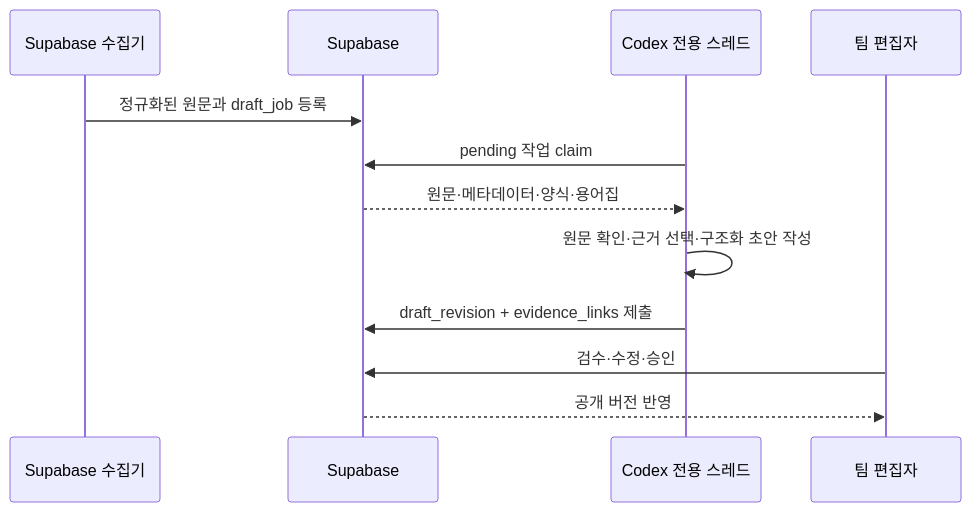
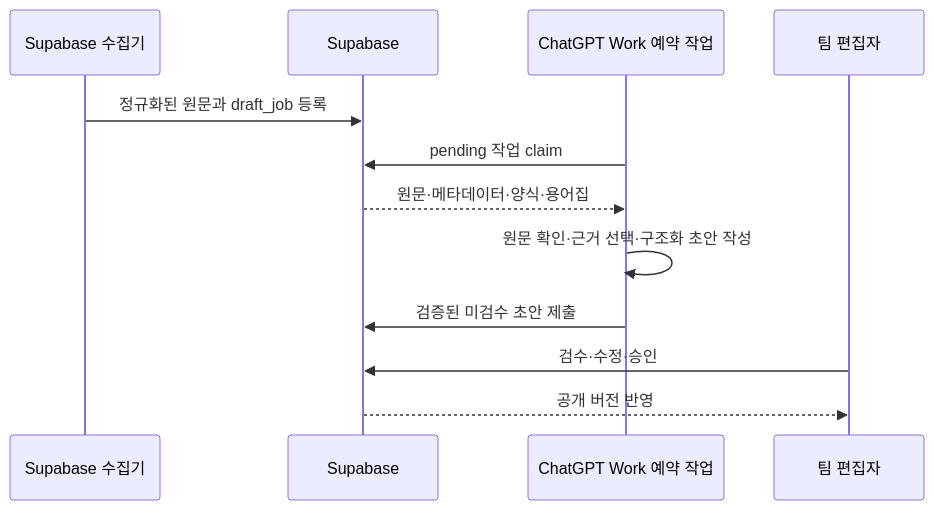
Before and after one commit to parksunup/globaltrend: the second of 4 diagrams in architecture.md, drawn with Mermaid. The commit also changed other lines of this file and 2 other files, not shown here.

Commit message:
Allow Work cloud drafts without Codex environment introspection

````diff
--- a/architecture.md
+++ b/architecture.md
@@ -126,14 +126,14 @@
 ```mermaid
 sequenceDiagram
     participant Collector as Supabase 수집기
     participant DB as Supabase
-    participant Codex as Codex 전용 스레드
+    participant Work as ChatGPT Work 예약 작업
     participant Editor as 팀 편집자
     Collector->>DB: 정규화된 원문과 draft_job 등록
-    Codex->>DB: pending 작업 claim
-    DB-->>Codex: 원문·메타데이터·양식·용어집
-    Codex->>Codex: 원문 확인·근거 선택·구조화 초안 작성
-    Codex->>DB: draft_revision + evidence_links 제출
+    Work->>DB: pending 작업 claim
+    DB-->>Work: 원문·메타데이터·양식·용어집
+    Work->>Work: 원문 확인·근거 선택·구조화 초안 작성
+    Work->>DB: 검증된 미검수 초안 제출
     Editor->>DB: 검수·수정·승인
     DB-->>Editor: 공개 버전 반영
 ```
````
